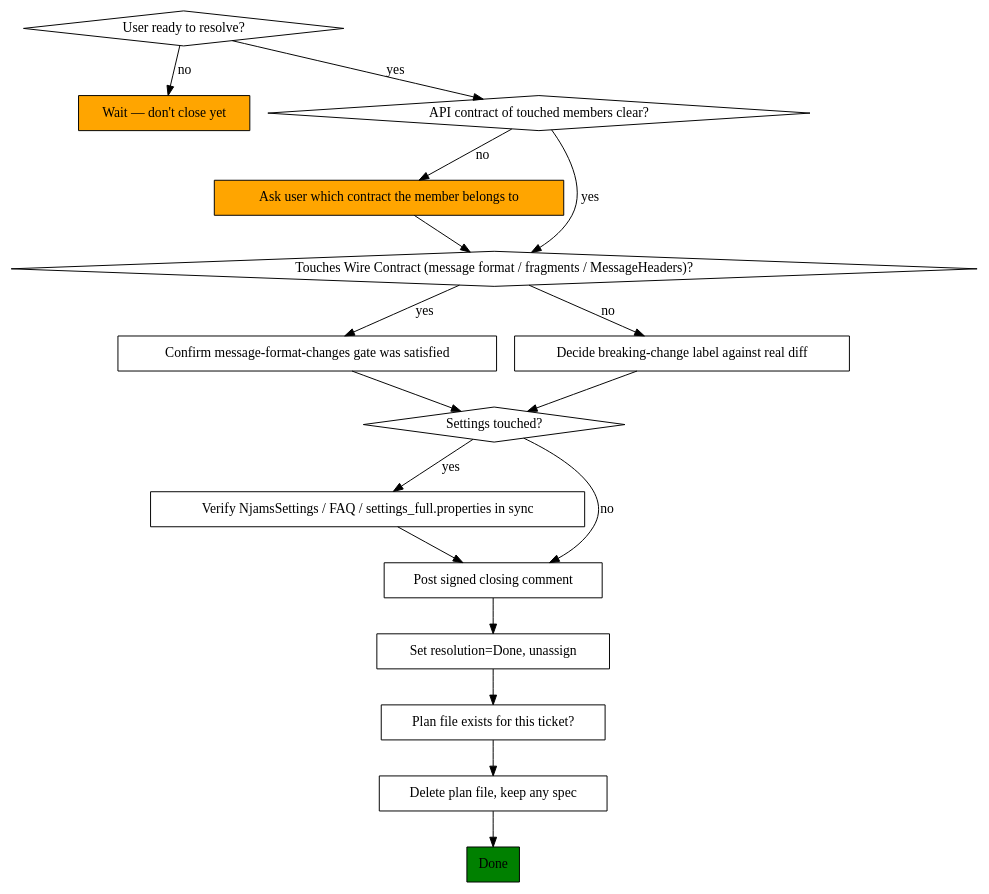
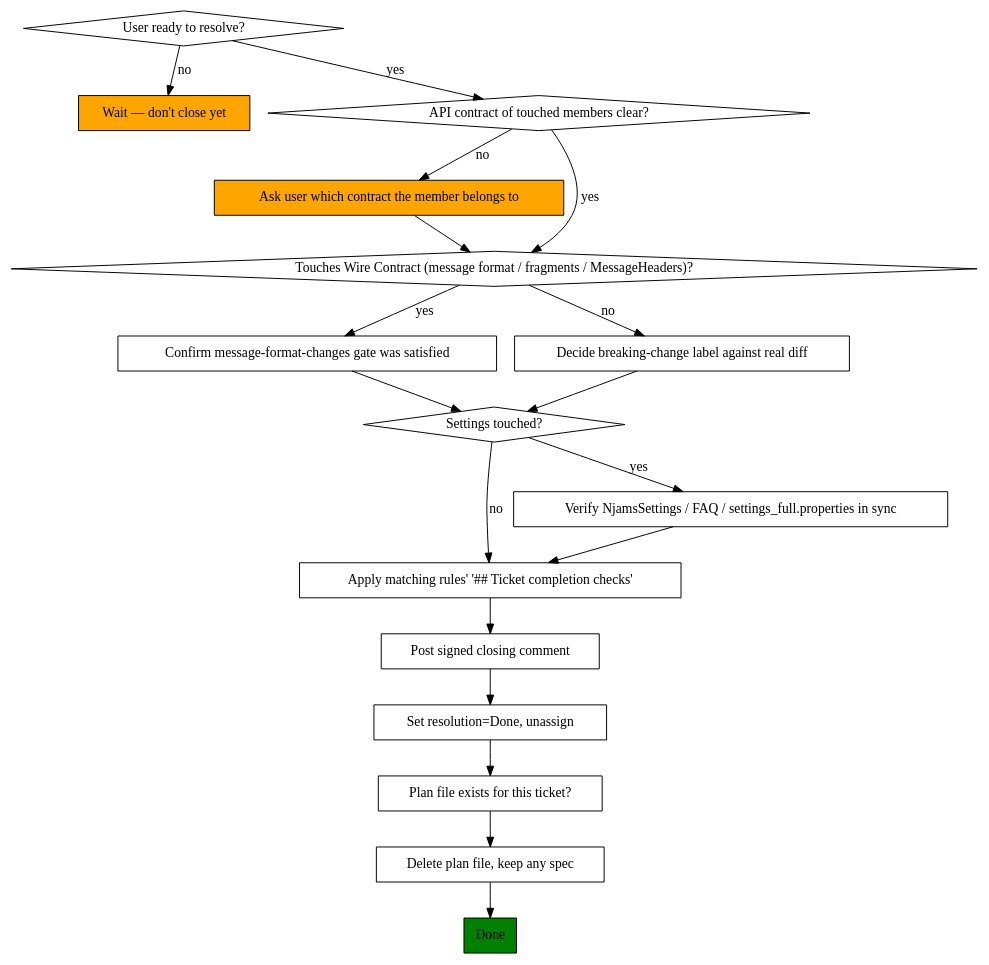
Before and after one commit to IntegrationMatters/njams-sdk: the diagram in .claude/skills/njams-ticket-finish/SKILL.md, drawn with Graphviz. The commit also changed other lines of this file and 30 other files, not shown here.

````diff
--- a/.claude/skills/njams-ticket-finish/SKILL.md
+++ b/.claude/skills/njams-ticket-finish/SKILL.md
@@ -37,36 +39,38 @@
 ```dot
 digraph ticket_finish {
     rankdir=TB;
     "User ready to resolve?" [shape=diamond];
     "Wait — don't close yet" [shape=box, style=filled, fillcolor=orange];
     "API contract of touched members clear?" [shape=diamond];
     "Ask user which contract the member belongs to" [shape=box, style=filled, fillcolor=orange];
     "Touches Wire Contract (message format / fragments / MessageHeaders)?" [shape=diamond];
     "Confirm message-format-changes gate was satisfied" [shape=box];
     "Decide breaking-change label against real diff" [shape=box];
     "Settings touched?" [shape=diamond];
+    "Apply matching rules' '## Ticket completion checks'" [shape=box];
     "Verify NjamsSettings / FAQ / settings_full.properties in sync" [shape=box];
     "Post signed closing comment" [shape=box];
     "Set resolution=Done, unassign" [shape=box];
     "Plan file exists for this ticket?" [shape=box];
     "Delete plan file, keep any spec" [shape=box];
     "Done" [shape=box, style=filled, fillcolor=green];
 
     "User ready to resolve?" -> "Wait — don't close yet" [label="no"];
     "User ready to resolve?" -> "API contract of touched members clear?" [label="yes"];
     "API contract of touched members clear?" -> "Ask user which contract the member belongs to" [label="no"];
     "Ask user which contract the member belongs to" -> "Touches Wire Contract (message format / fragments / MessageHeaders)?";
     "API contract of touched members clear?" -> "Touches Wire Contract (message format / fragments / MessageHeaders)?" [label="yes"];
     "Touches Wire Contract (message format / fragments / MessageHeaders)?" -> "Confirm message-format-changes gate was satisfied" [label="yes"];
     "Touches Wire Contract (message format / fragments / MessageHeaders)?" -> "Decide breaking-change label against real diff" [label="no"];
     "Confirm message-format-changes gate was satisfied" -> "Settings touched?";
     "Decide breaking-change label against real diff" -> "Settings touched?";
     "Settings touched?" -> "Verify NjamsSettings / FAQ / settings_full.properties in sync" [label="yes"];
-    "Settings touched?" -> "Post signed closing comment" [label="no"];
-    "Verify NjamsSettings / FAQ / settings_full.properties in sync" -> "Post signed closing comment";
+    "Settings touched?" -> "Apply matching rules' '## Ticket completion checks'" [label="no"];
+    "Verify NjamsSettings / FAQ / settings_full.properties in sync" -> "Apply matching rules' '## Ticket completion checks'";
+    "Apply matching rules' '## Ticket completion checks'" -> "Post signed closing comment";
     "Post signed closing comment" -> "Set resolution=Done, unassign";
     "Set resolution=Done, unassign" -> "Plan file exists for this ticket?";
     "Plan file exists for this ticket?" -> "Delete plan file, keep any spec";
     "Delete plan file, keep any spec" -> "Done";
 }
 ```
````
